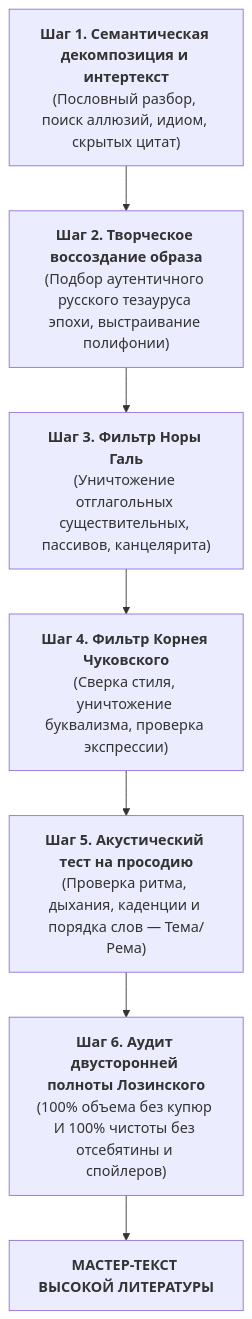
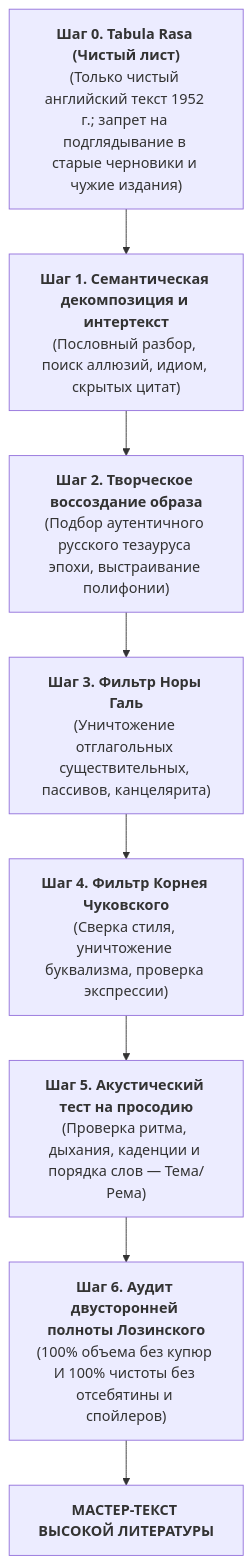
Before and after one commit to lnp/classic-russian-translation: the fourth of 4 diagrams in AGENTS.md, drawn with Mermaid. The commit also changed other lines of this file, not shown here.

Commit message:
Фиксация принципа Tabula Rasa (Чистый лист): перевод исключительно с оригинала 1952 года без опоры на старые черновики и чужие переводы

````diff
--- a/AGENTS.md
+++ b/AGENTS.md
@@ -161,9 +173,10 @@
 ```mermaid
 flowchart TD
+    S0["<b>Шаг 0. Tabula Rasa (Чистый лист)</b><br/>(Только чистый английский текст 1952 г.; запрет на подглядывание в старые черновики и чужие издания)"] --> S1
     S1["<b>Шаг 1. Семантическая декомпозиция и интертекст</b><br/>(Пословный разбор, поиск аллюзий, идиом, скрытых цитат)"] --> S2
     S2["<b>Шаг 2. Творческое воссоздание образа</b><br/>(Подбор аутентичного русского тезауруса эпохи, выстраивание полифонии)"] --> S3
     S3["<b>Шаг 3. Фильтр Норы Галь</b><br/>(Уничтожение отглагольных существительных, пассивов, канцелярита)"] --> S4
     S4["<b>Шаг 4. Фильтр Корнея Чуковского</b><br/>(Сверка стиля, уничтожение буквализма, проверка экспрессии)"] --> S5
     S5["<b>Шаг 5. Акустический тест на просодию</b><br/>(Проверка ритма, дыхания, каденции и порядка слов — Тема/Рема)"] --> S6
     S6["<b>Шаг 6. Аудит двусторонней полноты Лозинского</b><br/>(100% объема без купюр И 100% чистоты без отсебятины и спойлеров)"] --> END["<b>МАСТЕР-ТЕКСТ ВЫСОКОЙ ЛИТЕРАТУРЫ</b>"]
 ```
````
